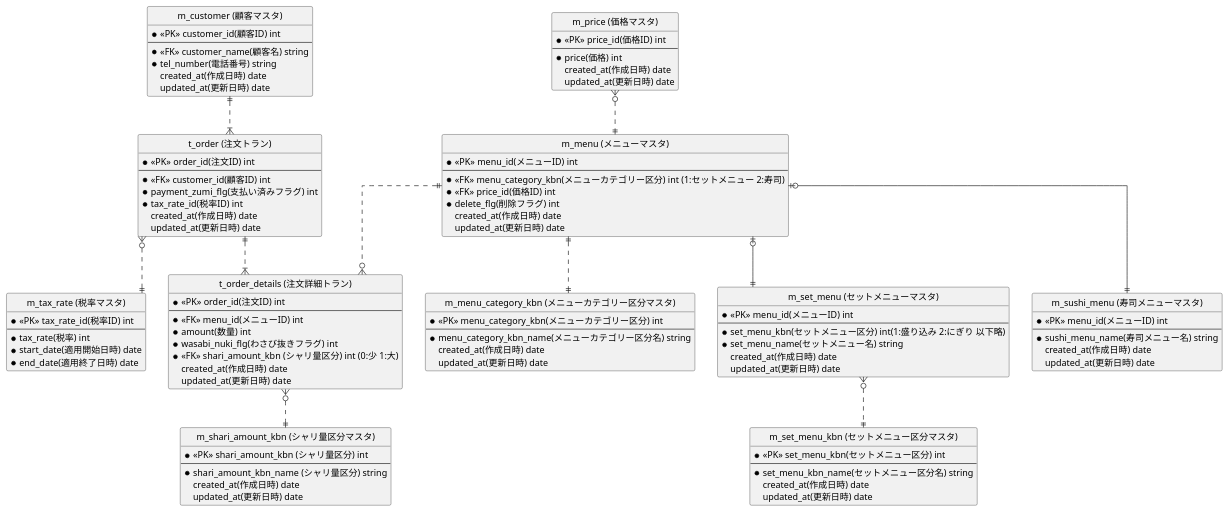
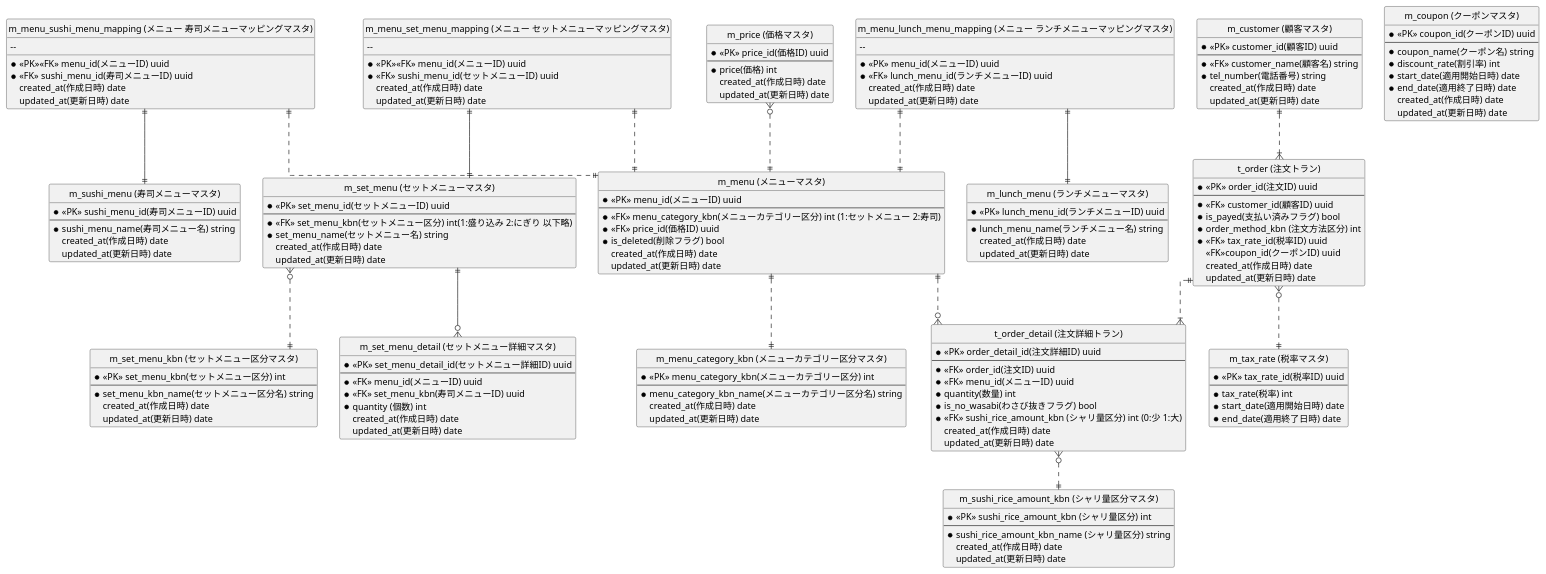
Before and after one commit to praha-inc/praha-challenge-7: the diagram in 3EoeIxdSDCwWFR/DB/01_modeling/erd.pu, drawn with PlantUML.

Commit message:
reviewを踏まえてERD修正

```diff
--- a/3EoeIxdSDCwWFR/DB/01_modeling/erd.pu
+++ b/3EoeIxdSDCwWFR/DB/01_modeling/erd.pu
@@ -1,115 +1,176 @@
 @startuml test
 hide circle
 skinparam linetype ortho
 
 entity "m_menu (メニューマスタ)" as m_menu {
-     * <<PK>> menu_id(メニューID) int
+     * <<PK>> menu_id(メニューID) uuid
      --
      * <<FK>> menu_category_kbn(メニューカテゴリー区分) int (1:セットメニュー 2:寿司)
-     * <<FK>> price_id(価格ID) int
-     * delete_flg(削除フラグ) int
+     * <<FK>> price_id(価格ID) uuid
+     * is_deleted(削除フラグ) bool
      created_at(作成日時) date
      updated_at(更新日時) date
  }
 
  entity "m_menu_category_kbn (メニューカテゴリー区分マスタ)" as m_menu_category_kbn {
      * <<PK>> menu_category_kbn(メニューカテゴリー区分) int
      --
      * menu_category_kbn_name(メニューカテゴリー区分名) string
      created_at(作成日時) date
      updated_at(更新日時) date
  }
 
  entity "m_set_menu (セットメニューマスタ)" as m_set_menu {
-     * <<PK>> menu_id(メニューID) int
+     * <<PK>> set_menu_id(セットメニューID) uuid
      --
-     * set_menu_kbn(セットメニュー区分) int(1:盛り込み 2:にぎり 以下略)
+     * <<FK>> set_menu_kbn(セットメニュー区分) int(1:盛り込み 2:にぎり 以下略)
      * set_menu_name(セットメニュー名) string
+     created_at(作成日時) date
+     updated_at(更新日時) date
+ }
+
+ entity "m_set_menu_detail (セットメニュー詳細マスタ)" as m_set_menu_detail {
+     * <<PK>> set_menu_detail_id(セットメニュー詳細ID) uuid
+     --
+     * <<FK>> menu_id(メニューID) uuid
+     * <<FK>> set_menu_kbn(寿司メニューID) uuid
+     * quantity (個数) int
      created_at(作成日時) date
      updated_at(更新日時) date
  }
 
  entity "m_set_menu_kbn (セットメニュー区分マスタ)" as m_set_menu_kbn {
      * <<PK>> set_menu_kbn(セットメニュー区分) int
      --
      * set_menu_kbn_name(セットメニュー区分名) string
      created_at(作成日時) date
      updated_at(更新日時) date
  }
 
+ entity "m_menu_sushi_menu_mapping (メニュー 寿司メニューマッピングマスタ)" as m_menu_sushi_menu_mapping {
+     * <<PK>><<FK>> menu_id(メニューID) uuid
+     -- 
+     * <<FK>> sushi_menu_id(寿司メニューID) uuid
+     created_at(作成日時) date
+     updated_at(更新日時) date
+ }
+
+ entity "m_menu_set_menu_mapping (メニュー セットメニューマッピングマスタ)" as m_menu_set_menu_mapping {
+     * <<PK>><<FK>> menu_id(メニューID) uuid
+     -- 
+     * <<FK>> sushi_menu_id(セットメニューID) uuid
+     created_at(作成日時) date
+     updated_at(更新日時) date
+ }
+
+ entity "m_menu_lunch_menu_mapping (メニュー ランチメニューマッピングマスタ)" as m_menu_lunch_menu_mapping {
+     * <<PK>> menu_id(メニューID) uuid
+     -- 
+     * <<FK>> lunch_menu_id(ランチメニューID) uuid
+     created_at(作成日時) date
+     updated_at(更新日時) date
+ }
+
  entity "m_sushi_menu (寿司メニューマスタ)" as m_sushi_menu {
-     * <<PK>> menu_id(メニューID) int
+     * <<PK>> sushi_menu_id(寿司メニューID) uuid
      --
      * sushi_menu_name(寿司メニュー名) string
      created_at(作成日時) date
      updated_at(更新日時) date
  }
 
+ entity "m_lunch_menu (ランチメニューマスタ)" as m_lunch_menu {
+     * <<PK>> lunch_menu_id(ランチメニューID) uuid
+     --
+     * lunch_menu_name(ランチメニュー名) string
+     created_at(作成日時) date
+     updated_at(更新日時) date
+ }
+
  entity "m_price (価格マスタ)" as m_price {
-     * <<PK>> price_id(価格ID) int
+     * <<PK>> price_id(価格ID) uuid
      --
      * price(価格) int
      created_at(作成日時) date
      updated_at(更新日時) date
  }
 
 entity "m_customer (顧客マスタ)" as m_customer {
-     * <<PK>> customer_id(顧客ID) int
+     * <<PK>> customer_id(顧客ID) uuid
      --
      * <<FK>> customer_name(顧客名) string
      * tel_number(電話番号) string
      created_at(作成日時) date
      updated_at(更新日時) date
  }
 
 entity "t_order (注文トラン)" as t_order {
-     * <<PK>> order_id(注文ID) int
+     * <<PK>> order_id(注文ID) uuid
      --
-     * <<FK>> customer_id(顧客ID) int
-     * payment_zumi_flg(支払い済みフラグ) int
-     * tax_rate_id(税率ID) int
+     * <<FK>> customer_id(顧客ID) uuid
+     * is_payed(支払い済みフラグ) bool
+     * order_method_kbn (注文方法区分) int
+     * <<FK>> tax_rate_id(税率ID) uuid
+     <<FK>>coupon_id(クーポンID) uuid
      created_at(作成日時) date
      updated_at(更新日時) date
  }
 
-entity "t_order_details (注文詳細トラン)" as t_order_details {
-     * <<PK>> order_id(注文ID) int
+ entity "m_coupon (クーポンマスタ)" as m_coupon {
+     * <<PK>> coupon_id(クーポンID) uuid
      --
-     * <<FK>> menu_id(メニューID) int
-     * amount(数量) int
-     * wasabi_nuki_flg(わさび抜きフラグ) int
-     * <<FK>> shari_amount_kbn (シャリ量区分) int (0:少 1:大)
+     * coupon_name(クーポン名) string
+     * discount_rate(割引率) int
+     * start_date(適用開始日時) date
+     * end_date(適用終了日時) date
      created_at(作成日時) date
      updated_at(更新日時) date
  }
 
-entity "m_shari_amount_kbn (シャリ量区分マスタ)" as m_shari_amount_kbn {
-     * <<PK>> shari_amount_kbn (シャリ量区分) int
+entity "t_order_detail (注文詳細トラン)" as t_order_detail {
+     * <<PK>> order_detail_id(注文詳細ID) uuid
      --
-     * shari_amount_kbn_name (シャリ量区分) string
+     * <<FK>> order_id(注文ID) uuid
+     * <<FK>> menu_id(メニューID) uuid
+     * quantity(数量) int
+     * is_no_wasabi(わさび抜きフラグ) bool
+     * <<FK>> sushi_rice_amount_kbn (シャリ量区分) int (0:少 1:大)
+     created_at(作成日時) date
+     updated_at(更新日時) date
+ }
+
+entity "m_sushi_rice_amount_kbn (シャリ量区分マスタ)" as m_sushi_rice_amount_kbn {
+     * <<PK>> sushi_rice_amount_kbn (シャリ量区分) int
+     --
+     * sushi_rice_amount_kbn_name (シャリ量区分) string
      created_at(作成日時) date
      updated_at(更新日時) date
  }
 
 entity "m_tax_rate (税率マスタ)" as m_tax_rate {
-     * <<PK>> tax_rate_id(税率ID) int
+     * <<PK>> tax_rate_id(税率ID) uuid
      --
      * tax_rate(税率) int
      * start_date(適用開始日時) date
      * end_date(適用終了日時) date
  }
 
- t_order ||..|{ t_order_details
+ t_order ||..|{ t_order_detail
  m_customer ||..|{ t_order
  m_menu ||..|| m_menu_category_kbn
- m_menu |o--|| m_set_menu
- m_menu |o--|| m_sushi_menu
- m_menu ||..o{ t_order_details
+ m_menu_set_menu_mapping ||--|| m_set_menu
+ m_menu_sushi_menu_mapping ||--|| m_sushi_menu
+ m_menu_lunch_menu_mapping ||--|| m_lunch_menu
+ m_menu ||..o{ t_order_detail
  m_set_menu }o..|| m_set_menu_kbn
  t_order }o..|| m_tax_rate 
  m_price }o..|| m_menu
- t_order_details }o..|| m_shari_amount_kbn
+ t_order_detail }o..|| m_sushi_rice_amount_kbn
+ m_set_menu ||--o{ m_set_menu_detail
+ m_menu_sushi_menu_mapping ||..|| m_menu
+ m_menu_set_menu_mapping ||..|| m_menu
+ m_menu_lunch_menu_mapping ||..||m_menu
 
 
 
 @enduml
```
